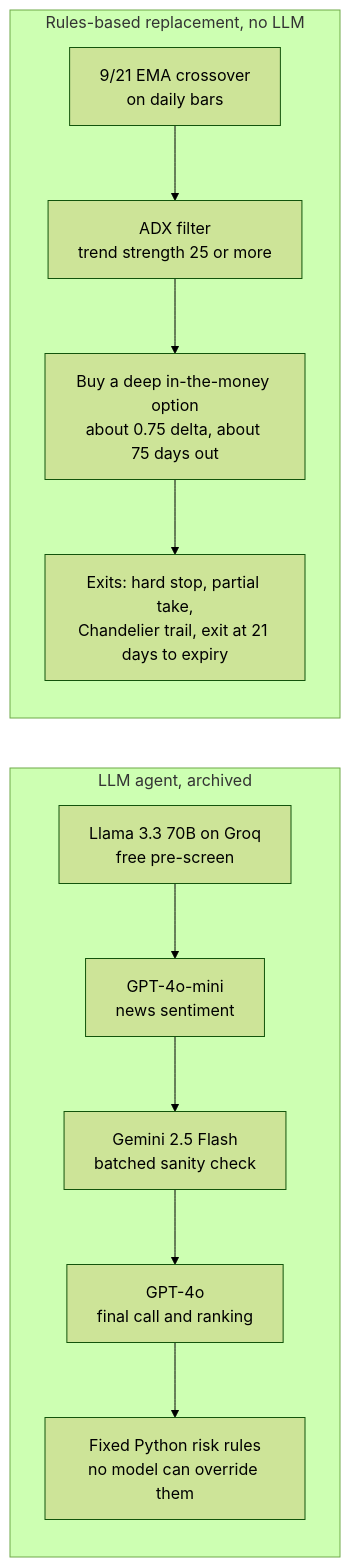
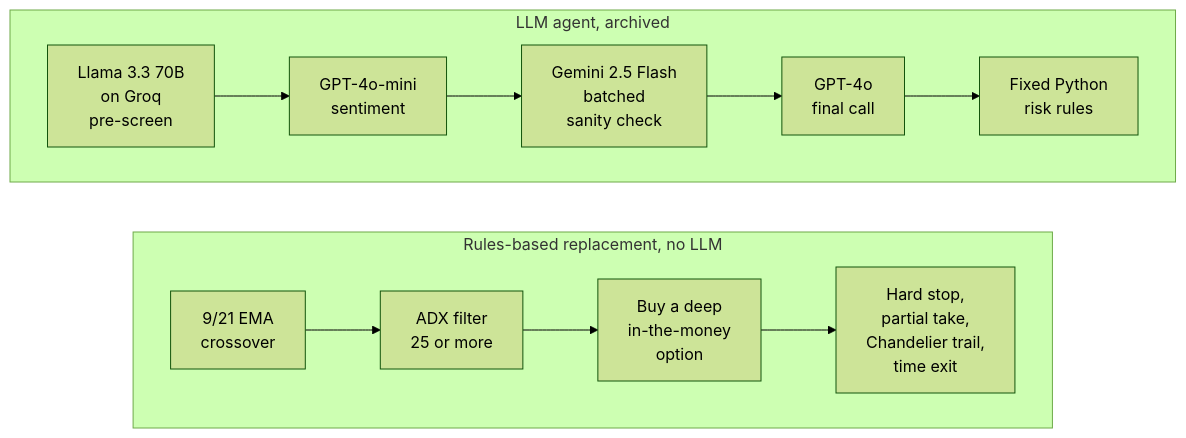
One commit to parthpatel-afk/ai-trading-agent changed the diagram in README.md. Above: the diagram before and after it, drawn with Mermaid (forest theme). The commit also changed other lines of this file, not shown here.

Commit message:
Lay out the how-it-works diagram as two horizontal chains

````diff
--- a/README.md
+++ b/README.md
@@ -15,16 +15,12 @@
 ```mermaid
-flowchart LR
+flowchart TB
   subgraph LLM["LLM agent, archived"]
-    direction TB
-    A1["Llama 3.3 70B on Groq<br/>free pre-screen"] --> A2["GPT-4o-mini<br/>news sentiment"]
-    A2 --> A3["Gemini 2.5 Flash<br/>batched sanity check"]
-    A3 --> A4["GPT-4o<br/>final call and ranking"]
-    A4 --> A5["Fixed Python risk rules<br/>no model can override them"]
+    direction LR
+    A1["Llama 3.3 70B<br/>on Groq<br/>pre-screen"] --> A2["GPT-4o-mini<br/>sentiment"] --> A3["Gemini 2.5 Flash<br/>batched<br/>sanity check"] --> A4["GPT-4o<br/>final call"] --> A5["Fixed Python<br/>risk rules"]
   end
   subgraph RULES["Rules-based replacement, no LLM"]
-    direction TB
-    B1["9/21 EMA crossover<br/>on daily bars"] --> B2["ADX filter<br/>trend strength 25 or more"]
-    B2 --> B3["Buy a deep in-the-money option<br/>about 0.75 delta, about 75 days out"]
-    B3 --> B4["Exits: hard stop, partial take,<br/>Chandelier trail, exit at 21 days to expiry"]
+    direction LR
+    B1["9/21 EMA<br/>crossover"] --> B2["ADX filter<br/>25 or more"] --> B3["Buy a deep<br/>in-the-money<br/>option"] --> B4["Hard stop,<br/>partial take,<br/>Chandelier trail,<br/>time exit"]
   end
+  LLM ~~~ RULES
 ```
````
